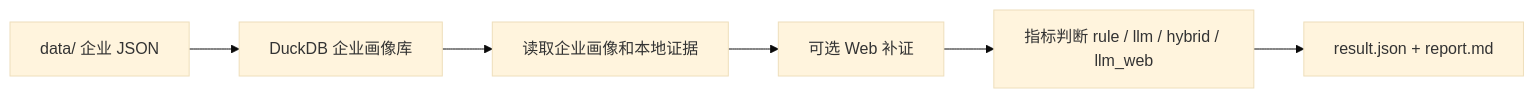
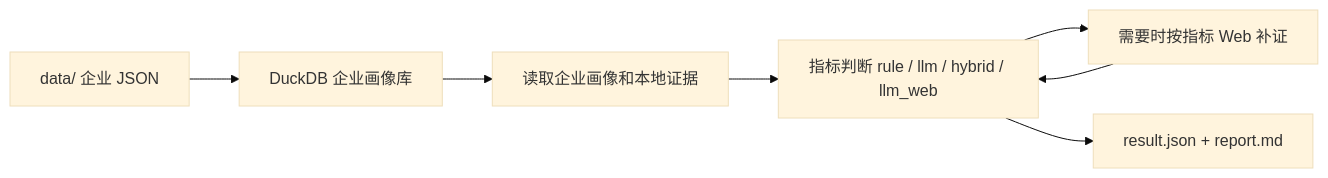
Before and after one commit to leeing/xft-dd: the diagram in README.md, drawn with Mermaid (base theme). The commit also changed other lines of this file and 14 other files, not shown here.

````diff
--- a/README.md
+++ b/README.md
@@ -13,8 +13,9 @@
 ```mermaid
 flowchart LR
     data["data/ 企业 JSON"] --> warehouse["DuckDB 企业画像库"]
     warehouse --> gather["读取企业画像和本地证据"]
-    gather --> web["可选 Web 补证"]
-    web --> recommend["指标判断 rule / llm / hybrid / llm_web"]
+    gather --> recommend["指标判断 rule / llm / hybrid / llm_web"]
+    recommend --> web["需要时按指标 Web 补证"]
+    web --> recommend
     recommend --> output["result.json + report.md"]
 ```
````
